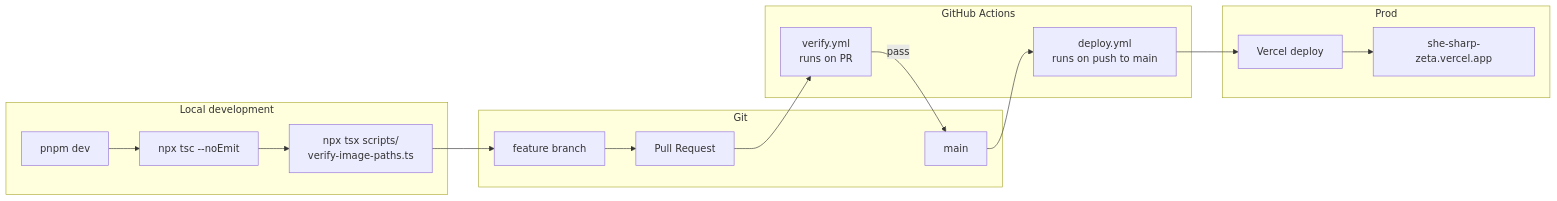
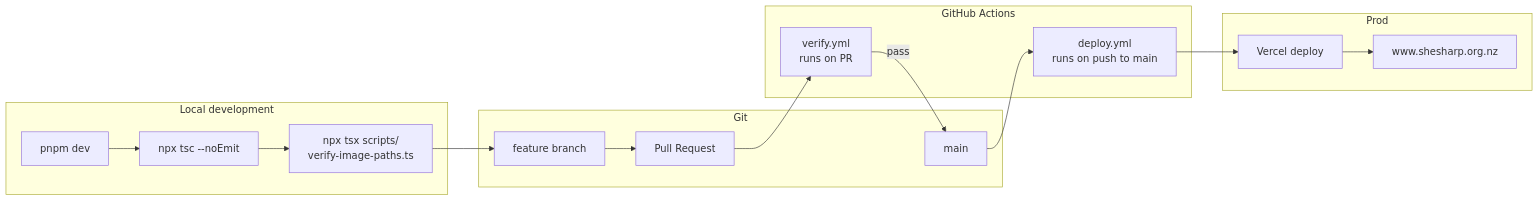
One commit to ChanMeng666/she-sharp changed the fifth of 5 diagrams in docs/development/SLACK_APP_DEVELOPMENT_GUIDE.md. Above: the diagram before and after it, drawn with Mermaid. The commit also changed other lines of this file and 13 other files, not shown here.

First line of the commit message:
docs: update operator-facing URLs to www.shesharp.org.nz

````diff
--- a/docs/development/SLACK_APP_DEVELOPMENT_GUIDE.md
+++ b/docs/development/SLACK_APP_DEVELOPMENT_GUIDE.md
@@ -477,34 +477,34 @@
 ```mermaid
 flowchart LR
     subgraph Local[Local development]
         DEV[pnpm dev]
         TC[npx tsc --noEmit]
         VI[npx tsx scripts/<br/>verify-image-paths.ts]
     end
 
     subgraph Git
         BR[feature branch]
         PR[Pull Request]
         MAIN[main]
     end
 
     subgraph CI[GitHub Actions]
         V[verify.yml<br/>runs on PR]
         D[deploy.yml<br/>runs on push to main]
     end
 
     subgraph Prod
         VR[Vercel deploy]
-        URL[she-sharp-zeta.vercel.app]
+        URL[www.shesharp.org.nz]
     end
 
     DEV --> TC
     TC --> VI
     VI --> BR
     BR --> PR
     PR --> V
     V --> |pass| MAIN
     MAIN --> D
     D --> VR
     VR --> URL
 ```
````
